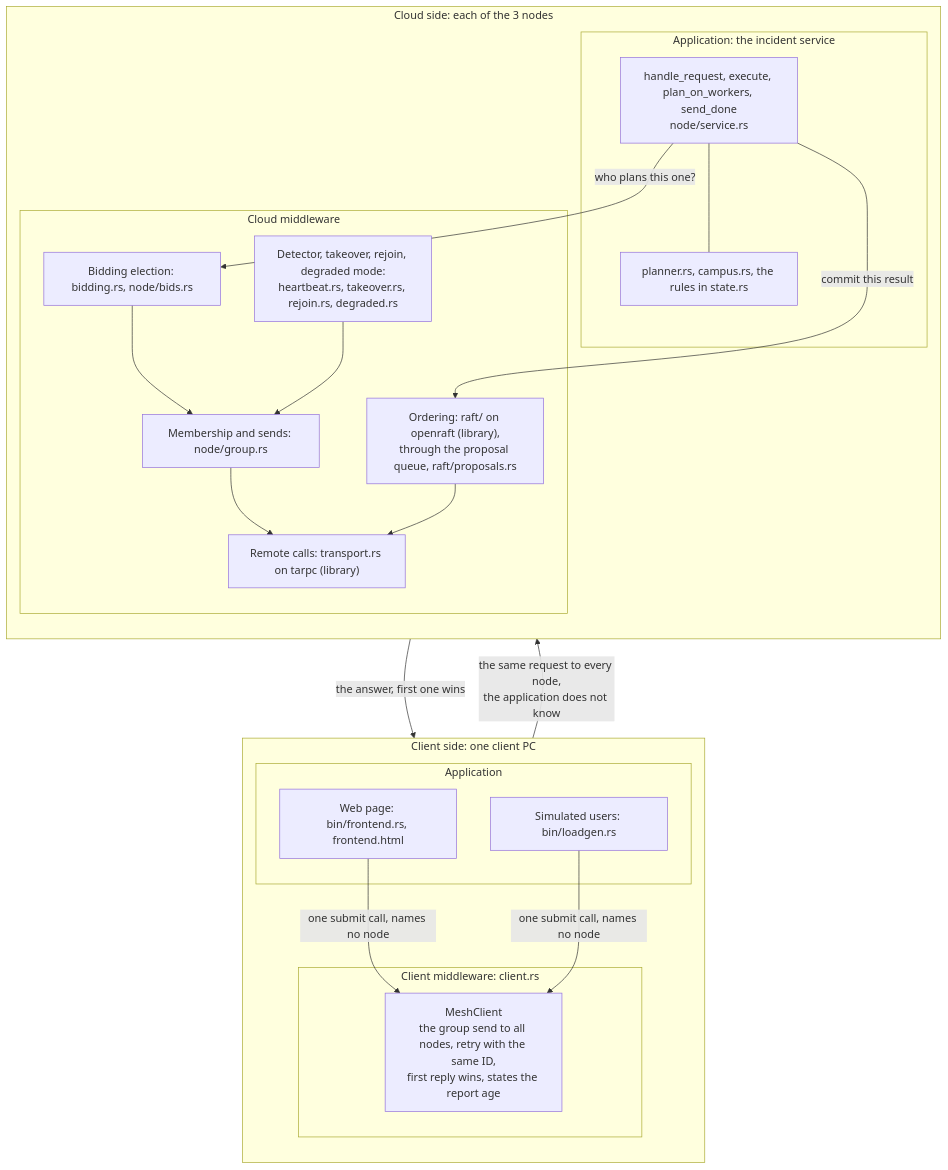
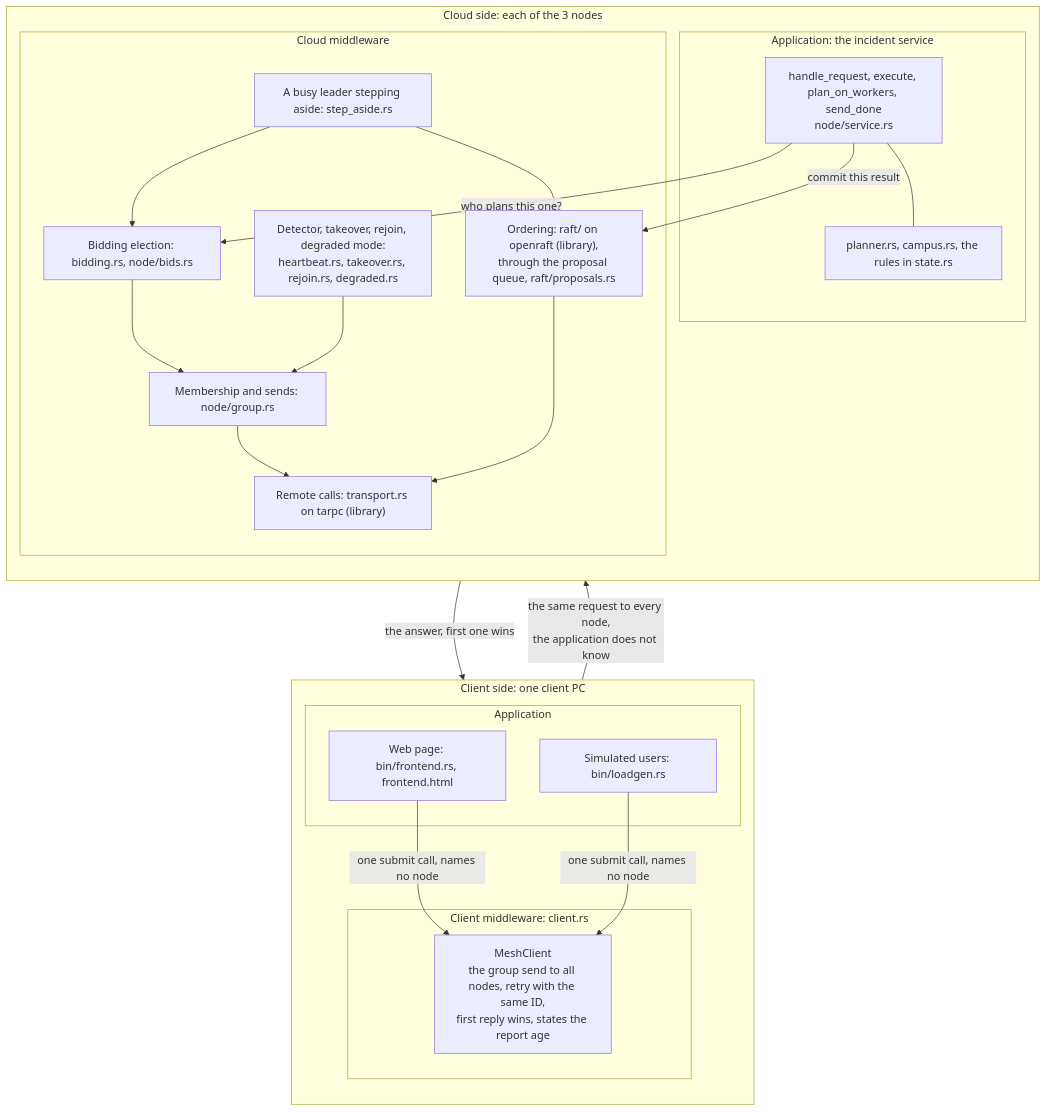
The seventh of 48 diagrams in docs/architecture.md (noortaytoy1/DistributedSystems), drawn with Mermaid before and after one commit. The commit also changed other lines of this file and 7 other files, not shown here.

First line of the commit message:
Record the step-aside: D218, the diagrams and the demo scene

````diff
--- a/docs/architecture.md
+++ b/docs/architecture.md
@@ -404,38 +410,41 @@
 ```mermaid
 flowchart TB
     subgraph CLIENT["Client side: one client PC"]
         direction TB
         subgraph CAPP["Application"]
             WEB["Web page: bin/frontend.rs, frontend.html"]
             USERS["Simulated users: bin/loadgen.rs"]
         end
         subgraph CMW["Client middleware: client.rs"]
             MESH["MeshClient<br/>the group send to all nodes, retry with the same ID,<br/>first reply wins, states the report age"]
         end
         WEB -->|"one submit call, names no node"| MESH
         USERS -->|"one submit call, names no node"| MESH
     end
     subgraph NODE["Cloud side: each of the 3 nodes"]
         direction TB
         subgraph NAPP["Application: the incident service"]
             SVC["handle_request, execute, plan_on_workers, send_done<br/>node/service.rs"]
             RULES["planner.rs, campus.rs, the rules in state.rs"]
         end
         subgraph NMW["Cloud middleware"]
             ELECT["Bidding election: bidding.rs, node/bids.rs"]
             GROUPM["Membership and sends: node/group.rs"]
             FAIL["Detector, takeover, rejoin, degraded mode:<br/>heartbeat.rs, takeover.rs, rejoin.rs, degraded.rs"]
+            STEP["A busy leader stepping aside: step_aside.rs"]
             RPC["Remote calls: transport.rs on tarpc (library)"]
             ORDER["Ordering: raft/ on openraft (library),<br/>through the proposal queue, raft/proposals.rs"]
         end
         SVC -->|"who plans this one?"| ELECT
         SVC -->|"commit this result"| ORDER
         ELECT --> GROUPM
         FAIL --> GROUPM
+        STEP --> ELECT
+        STEP --> ORDER
         GROUPM --> RPC
         ORDER --> RPC
         SVC --- RULES
     end
     MESH -->|"the same request to every node,<br/>the application does not know"| SVC
     SVC -->|"the answer, first one wins"| MESH
 ```
````
